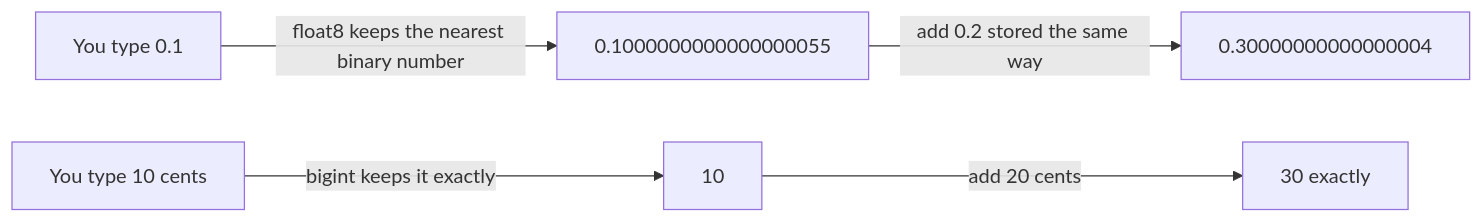
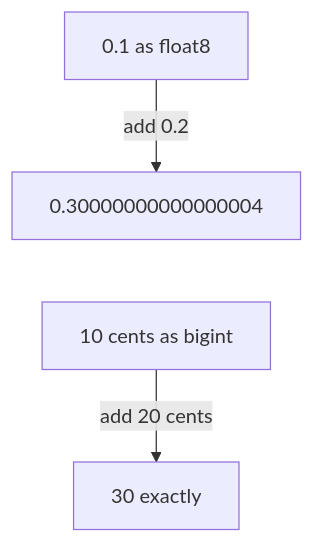
The second of 3 diagrams in learn/database/08-constraints-and-data-types.md (starjustice/research-material), drawn with Mermaid before and after one commit. The commit also changed other lines of this file, not shown here.

````diff
--- a/learn/database/08-constraints-and-data-types.md
+++ b/learn/database/08-constraints-and-data-types.md
@@ -126,7 +180,6 @@
 ```mermaid
-graph LR
-    A["You type 0.1"] -->|float8 keeps the nearest binary number| B["0.1000000000000000055"]
-    B -->|add 0.2 stored the same way| C["0.30000000000000004"]
-    D["You type 10 cents"] -->|bigint keeps it exactly| E["10"]
-    E -->|add 20 cents| F["30 exactly"]
+graph TB
+    A["0.1 as float8"] -->|add 0.2| B["0.30000000000000004"]
+    B ~~~ C["10 cents as bigint"]
+    C -->|add 20 cents| D["30 exactly"]
 ```
````
